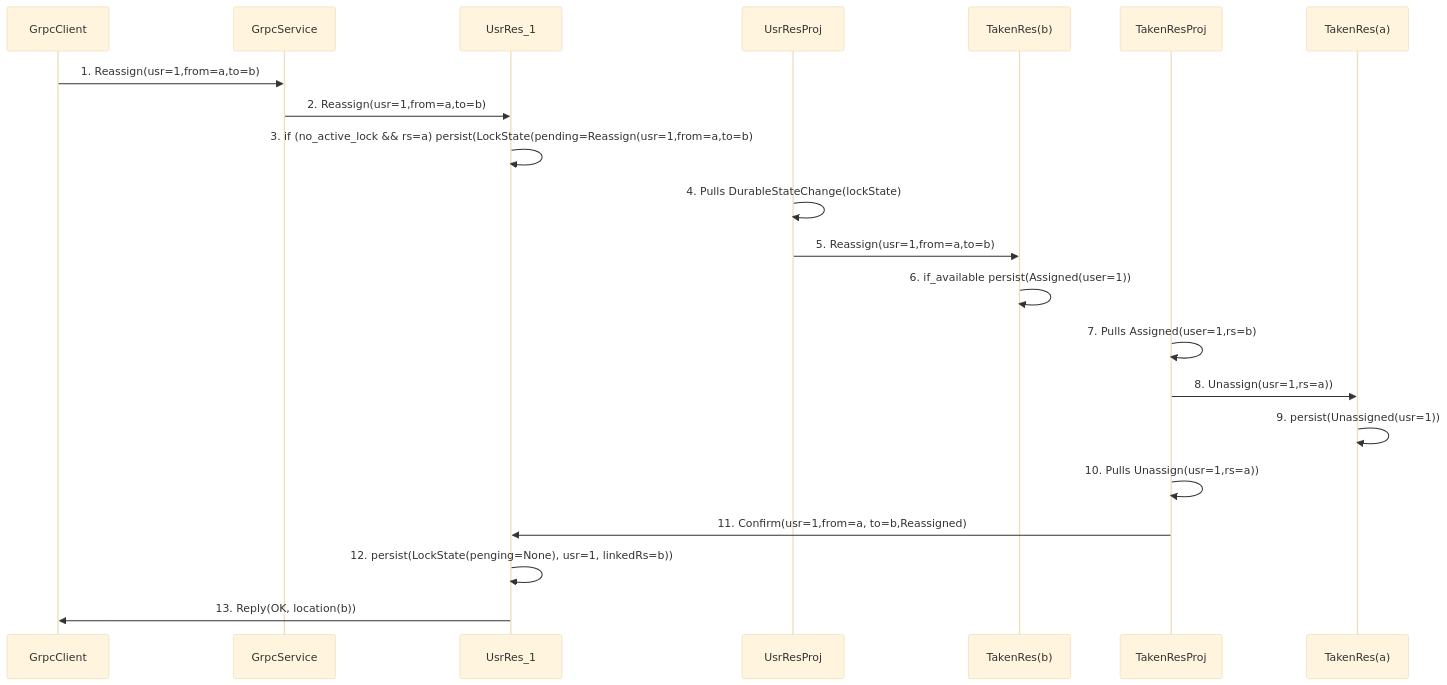
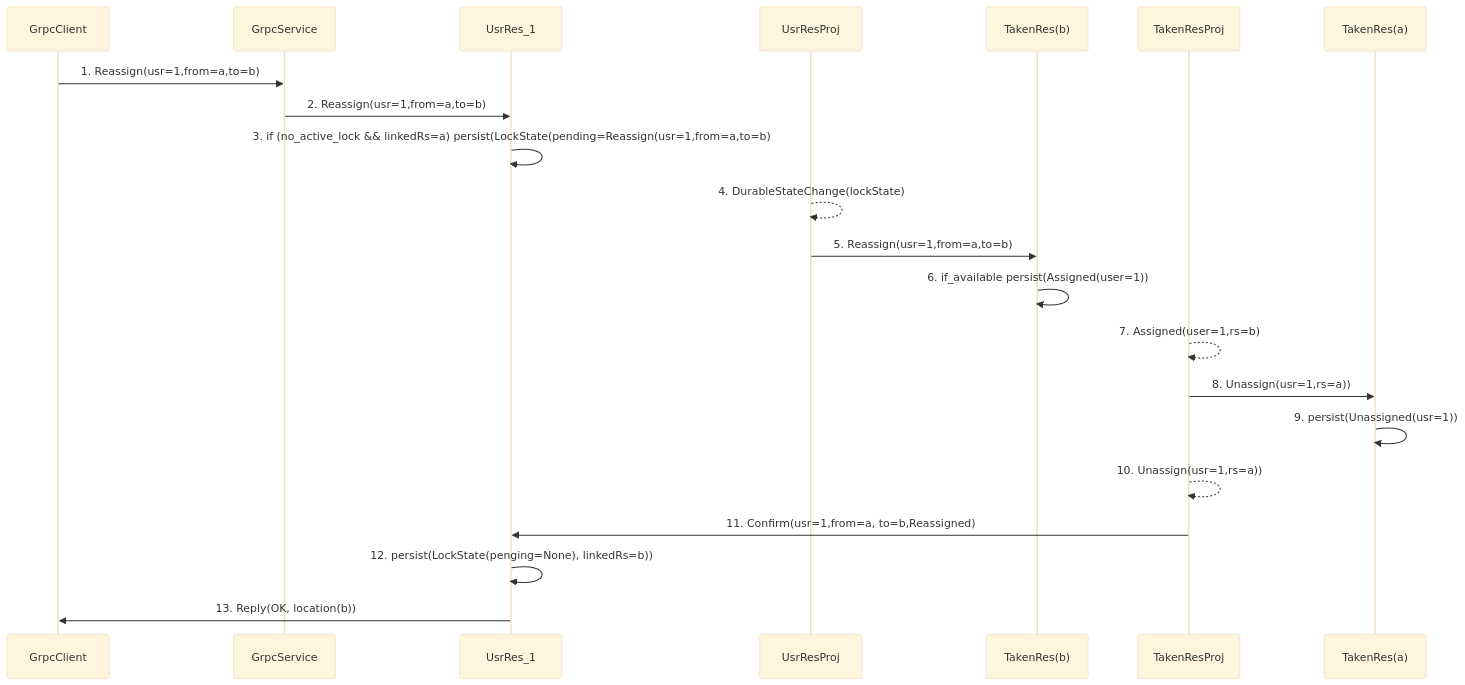
Before and after one commit to haghard/unique-resource-management: the third of 3 diagrams in diagrams2.md, drawn with Mermaid (base theme). The commit also changed other lines of this file and 1 other file, not shown here.

````diff
--- a/diagrams2.md
+++ b/diagrams2.md
@@ -83,39 +83,39 @@
 ```mermaid
 sequenceDiagram
 
 participant GrpcClient
 participant GrpcService
 participant UsrRes_1
 participant UsrResProj
 participant TakenRes(b)
 participant TakenResProj
 participant TakenRes(a)
 
 
 GrpcClient ->> GrpcService: 1. Reassign(usr=1,from=a,to=b)
 
 GrpcService ->> UsrRes_1: 2. Reassign(usr=1,from=a,to=b)
 
-UsrRes_1 ->> UsrRes_1: 3. if (no_active_lock && rs=a) persist(LockState(pending=Reassign(usr=1,from=a,to=b)
+UsrRes_1 ->> UsrRes_1: 3. if (no_active_lock && linkedRs=a) persist(LockState(pending=Reassign(usr=1,from=a,to=b)
 
-UsrResProj ->> UsrResProj: 4. Pulls DurableStateChange(lockState)
+UsrResProj -->> UsrResProj: 4. DurableStateChange(lockState)
 
 UsrResProj ->> TakenRes(b): 5. Reassign(usr=1,from=a,to=b)  
 
 TakenRes(b) ->> TakenRes(b): 6. if_available persist(Assigned(user=1))
 
-TakenResProj ->> TakenResProj: 7. Pulls Assigned(user=1,rs=b)
+TakenResProj -->> TakenResProj: 7. Assigned(user=1,rs=b)
   
 TakenResProj ->> TakenRes(a):8. Unassign(usr=1,rs=a))
 
 TakenRes(a) ->> TakenRes(a):9. persist(Unassigned(usr=1))
 
-TakenResProj ->> TakenResProj:10. Pulls Unassign(usr=1,rs=a))
+TakenResProj -->> TakenResProj:10. Unassign(usr=1,rs=a))
 
 TakenResProj ->> UsrRes_1:11. Confirm(usr=1,from=a, to=b,Reassigned)
  
-UsrRes_1 ->> UsrRes_1:12. persist(LockState(penging=None), usr=1, linkedRs=b))
+UsrRes_1 ->> UsrRes_1:12. persist(LockState(penging=None), linkedRs=b))
 
 UsrRes_1 ->> GrpcClient:13. Reply(OK, location(b))
 
 ```
````
